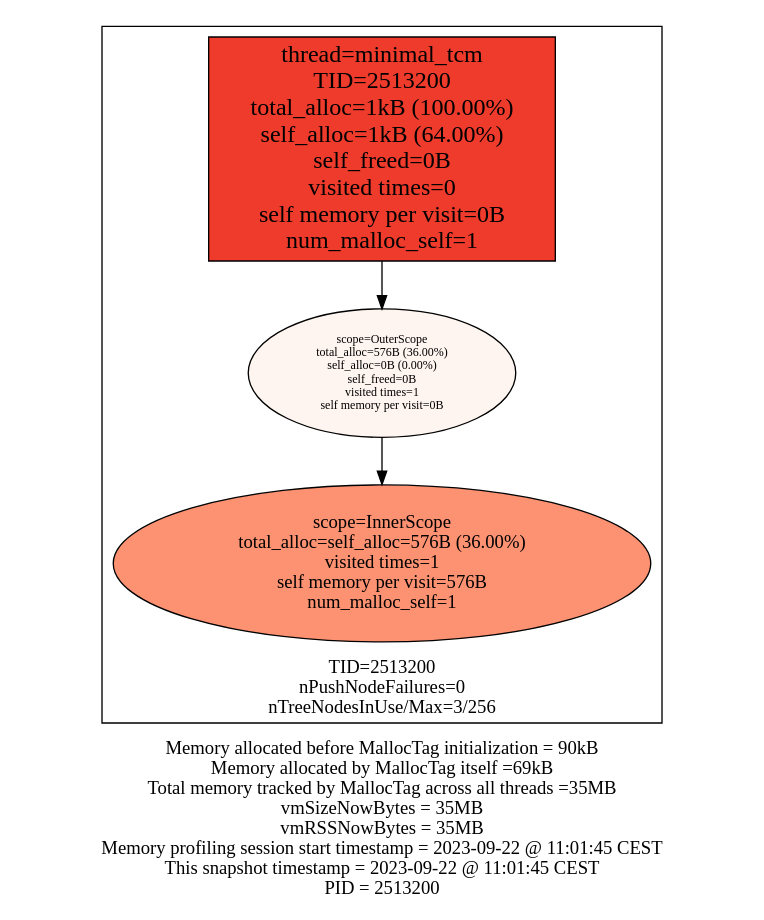
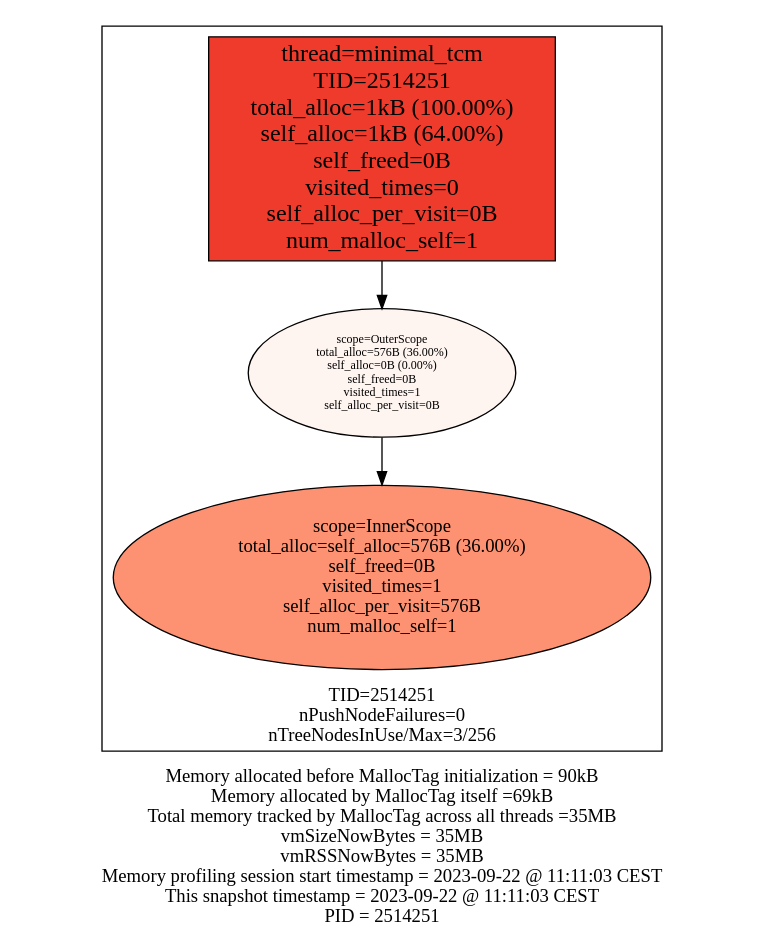
The diagram in examples/malloctag_and_tcmalloc/malloctag_and_tcmalloc_stats.dot (f18m/malloc-tag), drawn with Graphviz before and after one commit. The commit also changed 8 other files, not shown here.

```diff
--- a/examples/malloctag_and_tcmalloc/malloctag_and_tcmalloc_stats.dot
+++ b/examples/malloctag_and_tcmalloc/malloctag_and_tcmalloc_stats.dot
@@ -1,16 +1,16 @@
 digraph MallocTree {
  node [colorscheme=reds9 style=filled]
- subgraph cluster_TID2513200 {
+ subgraph cluster_TID2514251 {
   node [colorscheme=reds9 style=filled]
   labelloc="b"
-  label="TID=2513200\nnPushNodeFailures=0\nnTreeNodesInUse/Max=3/256\n"
-  "2513200_minimal_tcm" [label="thread=minimal_tcm\nTID=2513200\ntotal_alloc=1kB (100.00%)\nself_alloc=1kB (64.00%)\nself_freed=0B\nvisited times=0\nself memory per visit=0B\nnum_malloc_self=1" shape=box fillcolor=6 fontsize=18]
-  "2513200_minimal_tcm" -> "2513200_OuterScope"
-  "2513200_OuterScope" [label="scope=OuterScope\ntotal_alloc=576B (36.00%)\nself_alloc=0B (0.00%)\nself_freed=0B\nvisited times=1\nself memory per visit=0B" fillcolor=1 fontsize=9]
-  "2513200_OuterScope" -> "2513200_InnerScope"
-  "2513200_InnerScope" [label="scope=InnerScope\ntotal_alloc=self_alloc=576B (36.00%)\nvisited times=1\nself memory per visit=576B\nnum_malloc_self=1" fillcolor=4 fontsize=14]
+  label="TID=2514251\nnPushNodeFailures=0\nnTreeNodesInUse/Max=3/256\n"
+  "2514251_minimal_tcm" [label="thread=minimal_tcm\nTID=2514251\ntotal_alloc=1kB (100.00%)\nself_alloc=1kB (64.00%)\nself_freed=0B\nvisited_times=0\nself_alloc_per_visit=0B\nnum_malloc_self=1" shape=box fillcolor=6 fontsize=18]
+  "2514251_minimal_tcm" -> "2514251_OuterScope"
+  "2514251_OuterScope" [label="scope=OuterScope\ntotal_alloc=576B (36.00%)\nself_alloc=0B (0.00%)\nself_freed=0B\nvisited_times=1\nself_alloc_per_visit=0B" fillcolor=1 fontsize=9]
+  "2514251_OuterScope" -> "2514251_InnerScope"
+  "2514251_InnerScope" [label="scope=InnerScope\ntotal_alloc=self_alloc=576B (36.00%)\nself_freed=0B\nvisited_times=1\nself_alloc_per_visit=576B\nnum_malloc_self=1" fillcolor=4 fontsize=14]
  }
 
  labelloc="b"
- label="Memory allocated before MallocTag initialization = 90kB\nMemory allocated by MallocTag itself =69kB\nTotal memory tracked by MallocTag across all threads =35MB\nvmSizeNowBytes = 35MB\nvmRSSNowBytes = 35MB\nMemory profiling session start timestamp = 2023-09-22 @ 11:01:45 CEST\nThis snapshot timestamp = 2023-09-22 @ 11:01:45 CEST\nPID = 2513200\n"
+ label="Memory allocated before MallocTag initialization = 90kB\nMemory allocated by MallocTag itself =69kB\nTotal memory tracked by MallocTag across all threads =35MB\nvmSizeNowBytes = 35MB\nvmRSSNowBytes = 35MB\nMemory profiling session start timestamp = 2023-09-22 @ 11:11:03 CEST\nThis snapshot timestamp = 2023-09-22 @ 11:11:03 CEST\nPID = 2514251\n"
 }
```
